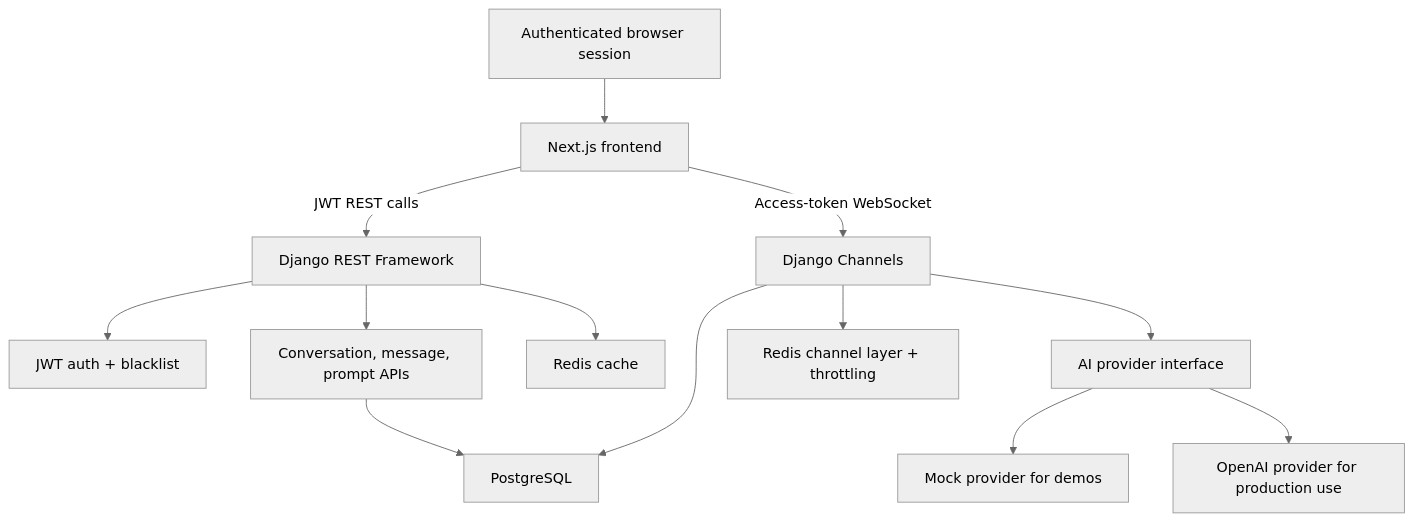
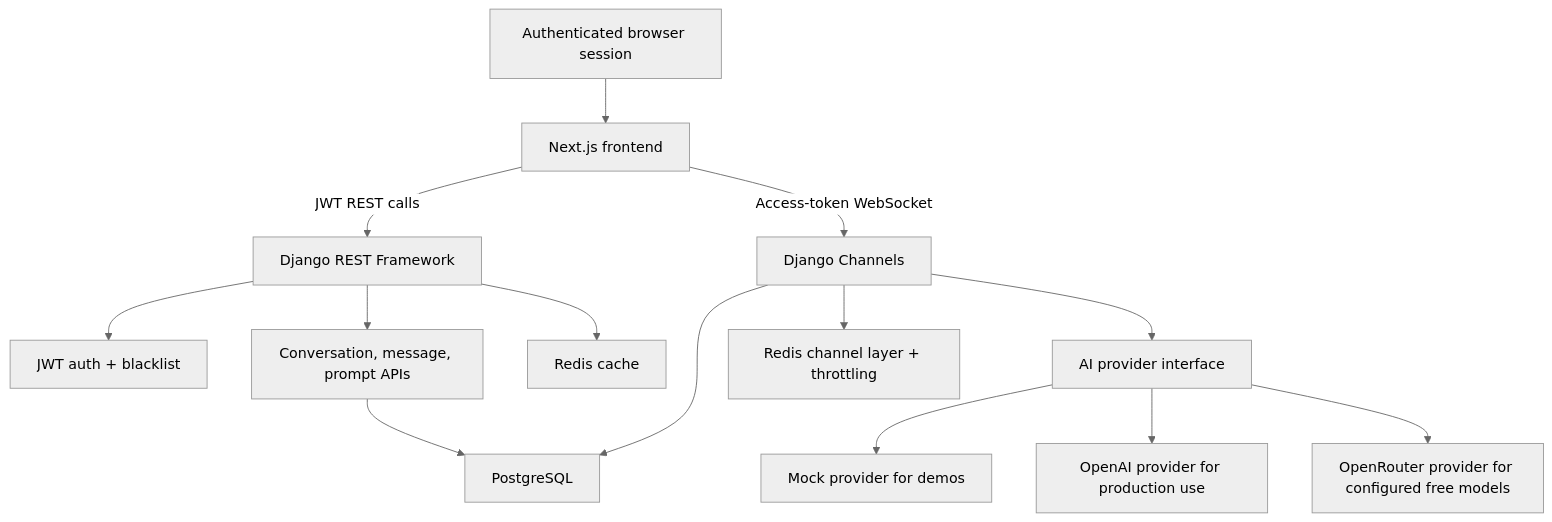
The diagram in docs/ARCHITECTURE_DEPLOYMENT.md (raghu-shiv/JarvisAI), drawn with Mermaid (neutral theme) before and after one commit. The commit also changed other lines of this file and 11 other files, not shown here.

Commit message:
Configure OpenRouter API provider

````diff
--- a/docs/ARCHITECTURE_DEPLOYMENT.md
+++ b/docs/ARCHITECTURE_DEPLOYMENT.md
@@ -7,15 +7,16 @@
 ```mermaid
 flowchart TD
     Browser["Authenticated browser session"] --> Next["Next.js frontend"]
     Next -->|JWT REST calls| DRF["Django REST Framework"]
     Next -->|Access-token WebSocket| WS["Django Channels"]
     DRF --> Auth["JWT auth + blacklist"]
     DRF --> Data["Conversation, message, prompt APIs"]
     Data --> DB["PostgreSQL"]
     WS --> DB
     WS --> Redis["Redis channel layer + throttling"]
     DRF --> Cache["Redis cache"]
     WS --> AI["AI provider interface"]
     AI --> Mock["Mock provider for demos"]
     AI --> OpenAI["OpenAI provider for production use"]
+    AI --> OpenRouter["OpenRouter provider for configured free models"]
 ```
````
